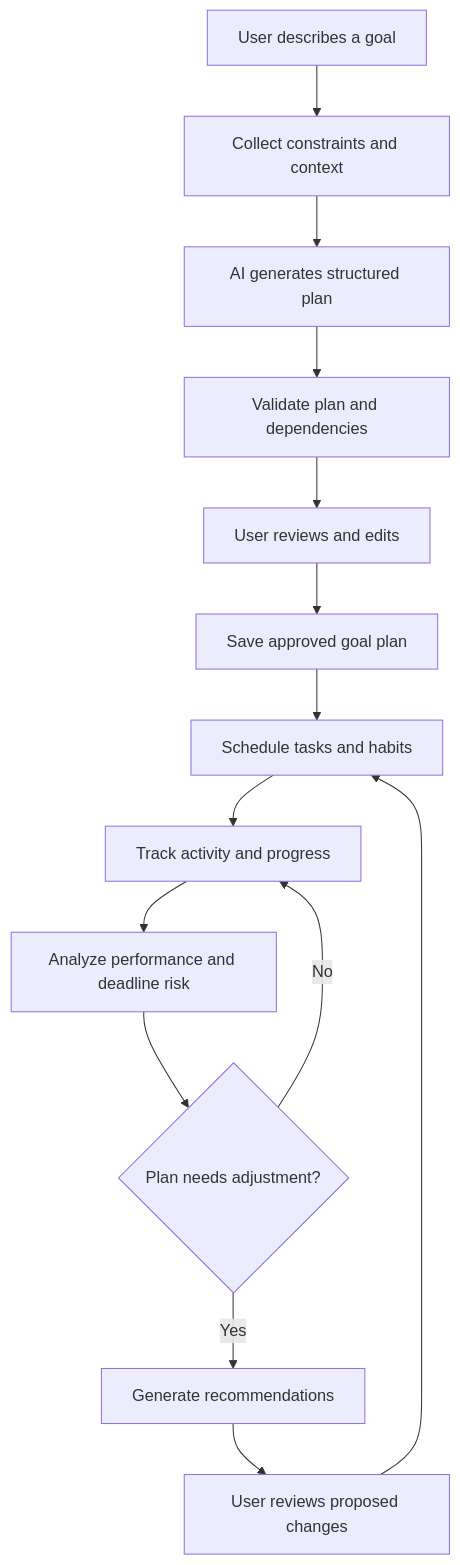
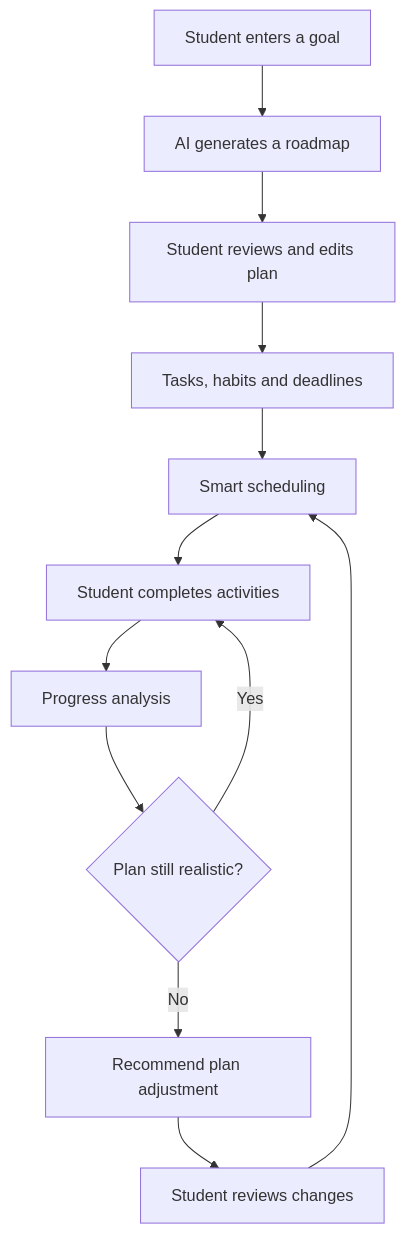
The first of 2 diagrams in README.md (AIU-SoftWave/Aspirra), drawn with Mermaid before and after one commit. The commit also changed other lines of this file, not shown here.

````diff
--- a/README.md
+++ b/README.md
@@ -166,16 +72,14 @@
 ```mermaid
 flowchart TD
-    A[User describes a goal] --> B[Collect constraints and context]
-    B --> C[AI generates structured plan]
-    C --> D[Validate plan and dependencies]
-    D --> E[User reviews and edits]
-    E --> F[Save approved goal plan]
-    F --> G[Schedule tasks and habits]
-    G --> H[Track activity and progress]
-    H --> I[Analyze performance and deadline risk]
-    I --> J{Plan needs adjustment?}
-    J -- No --> H
-    J -- Yes --> K[Generate recommendations]
-    K --> L[User reviews proposed changes]
-    L --> G
+    A[Student enters a goal] --> B[AI generates a roadmap]
+    B --> C[Student reviews and edits plan]
+    C --> D[Tasks, habits and deadlines]
+    D --> E[Smart scheduling]
+    E --> F[Student completes activities]
+    F --> G[Progress analysis]
+    G --> H{Plan still realistic?}
+    H -- Yes --> F
+    H -- No --> I[Recommend plan adjustment]
+    I --> J[Student reviews changes]
+    J --> E
 ```
````
